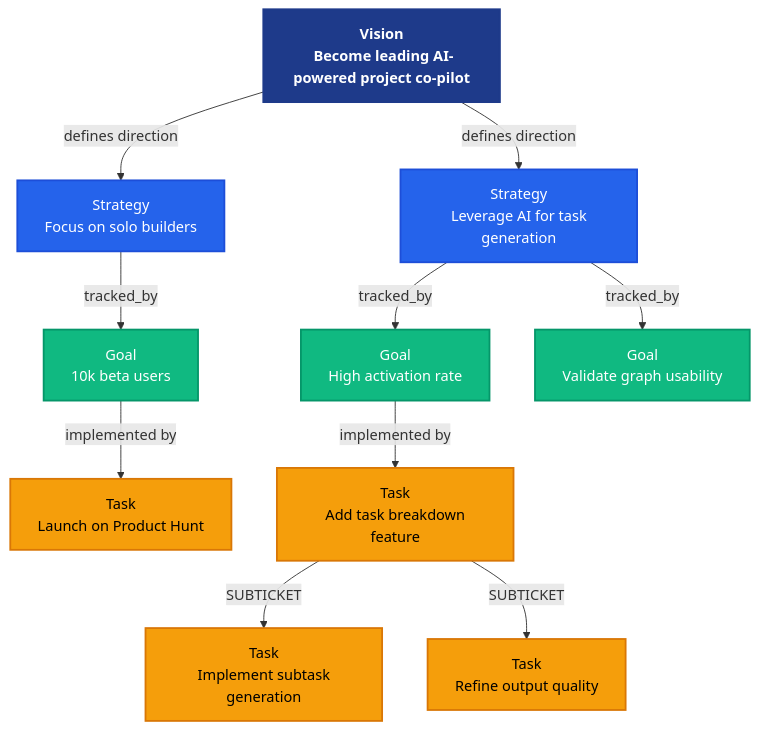
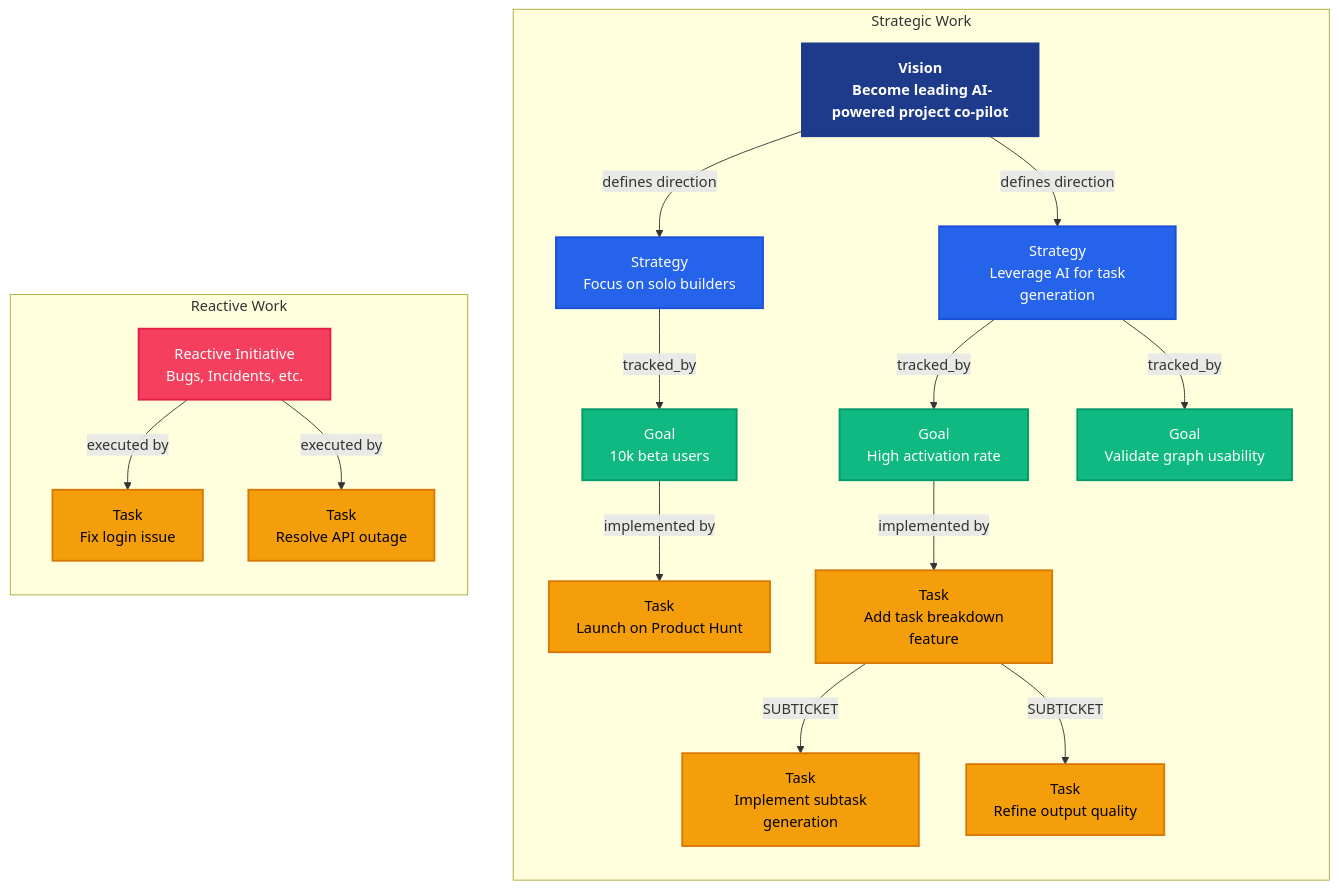
One commit to Florque/florque-workgraph changed the third of 3 diagrams in README.md. Above: the diagram before and after it, drawn with Mermaid. The commit also changed other lines of this file, not shown here.

Commit message:
README.md update

````diff
--- a/README.md
+++ b/README.md
@@ -161,48 +177,63 @@
 ```mermaid
 graph TD
+    subgraph "Strategic Work"
+        direction TB
+        V[Vision<br/> Become leading AI-powered project co-pilot]
 
-    V[Vision<br/> Become leading AI-powered project co-pilot]
+        S1[Strategy<br/> Focus on solo builders]
+        S2[Strategy<br/> Leverage AI for task generation]
 
-    S1[Strategy<br/> Focus on solo builders]
-    S2[Strategy<br/> Leverage AI for task generation]
+        G1[Goal<br/> 10k beta users]
+        G2[Goal<br/> High activation rate]
+        G3[Goal<br/> Validate graph usability]
 
-    G1[Goal<br/> 10k beta users]
-    G2[Goal<br/> High activation rate]
-    G3[Goal<br/> Validate graph usability]
+        T1[Task<br/> Launch on Product Hunt]
+        T4[Task<br/> Add task breakdown feature]
 
-    T1[Task<br/> Launch on Product Hunt]
-    T4[Task<br/> Add task breakdown feature]
+        %% Subtickets (execution level)
+        ST8[Task<br/> Implement subtask generation]
+        ST9[Task<br/> Refine output quality]
 
-    %% Subtickets (execution level)
-    ST8[Task<br/> Implement subtask generation]
-    ST9[Task<br/> Refine output quality]
+        %% Vision to Strategy
+        V -->|defines direction| S1
+        V -->|defines direction| S2
 
-    %% Vision to Strategy
-    V -->|defines direction| S1
-    V -->|defines direction| S2
+        %% Strategy to Goals
+        S1 -->|tracked_by| G1
+        S2 -->|tracked_by| G2
+        S2 -->|tracked_by| G3
 
-    %% Strategy to Goals
-    S1 -->|tracked_by| G1
-    S2 -->|tracked_by| G2
-    S2 -->|tracked_by| G3
+        %% Goals to Tactics
+        G1 -->|implemented by| T1
+        G2 -->|implemented by| T4
 
-    %% Goals to Tactics
-    G1 -->|implemented by| T1
-    G2 -->|implemented by| T4
+        %% SUBTICKET edges (explicit)
+        T4 -->|SUBTICKET| ST8
+        T4 -->|SUBTICKET| ST9
+    end
 
-    %% SUBTICKET edges (explicit)
-    T4 -->|SUBTICKET| ST8
-    T4 -->|SUBTICKET| ST9
+    subgraph "Reactive Work"
+        direction TB
+        RI[Reactive Initiative<br/>Bugs, Incidents, etc.]
+        T_BUG[Task<br/>Fix login issue]
+        T_INCIDENT[Task<br/>Resolve API outage]
+
+        RI -->|executed by| T_BUG
+        RI -->|executed by| T_INCIDENT
+    end
 
     %% Styles
     classDef vision fill:#1e3a8a,color:#ffffff,stroke:#1e3a8a,stroke-width:2px,font-weight:bold;
     classDef strategy fill:#2563eb,color:#ffffff,stroke:#1d4ed8,stroke-width:2px;
     classDef goal fill:#10b981,color:#ffffff,stroke:#059669,stroke-width:2px;
     classDef tactic fill:#f59e0b,color:#000000,stroke:#d97706,stroke-width:2px;
+    classDef reactive fill:#f43f5e,color:#ffffff,stroke:#e11d48,stroke-width:2px;
+
 
     %% Apply styles
     class V vision;
     class S1,S2,S3 strategy;
     class G1,G2,G3 goal;
-    class T1,T2,T3,T4,T5,ST1,ST2,ST3,ST4,ST5,ST6,ST7,ST8,ST9 tactic;
+    class T1,T2,T3,T4,T5,ST1,ST2,ST3,ST4,ST5,ST6,ST7,ST8,ST9,T_BUG,T_INCIDENT tactic;
+    class RI reactive;
 ```
````
